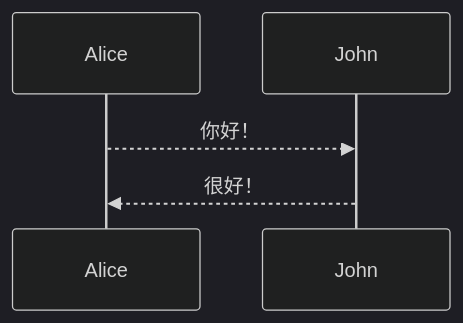
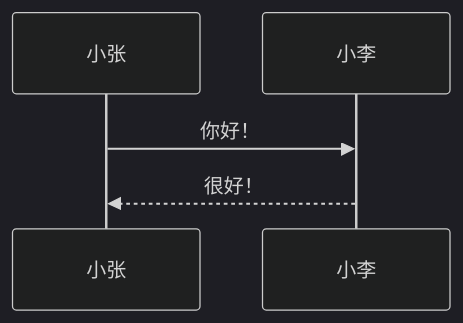
One commit to liulong0125/liulong0125.github.io changed diagram 12 of 21 in _posts/2025-09-02-mermaid.js.md. Above: the diagram before and after it, drawn with Mermaid (dark theme). The commit also changed other lines of this file, not shown here.

Commit message:
更新时序图

````diff
--- a/_posts/2025-09-02-mermaid.js.md
+++ b/_posts/2025-09-02-mermaid.js.md
@@ -583,8 +591,8 @@
 ```mermaid
 sequenceDiagram
-  participant Alice
-  participant John
+  participant 小张
+  participant 小李
 
-  Alice-->>John: 你好！
-  John-->>Alice: 很好！
+  小张->>小李: 你好！
+  小李-->>小张: 很好！
 ```
````
